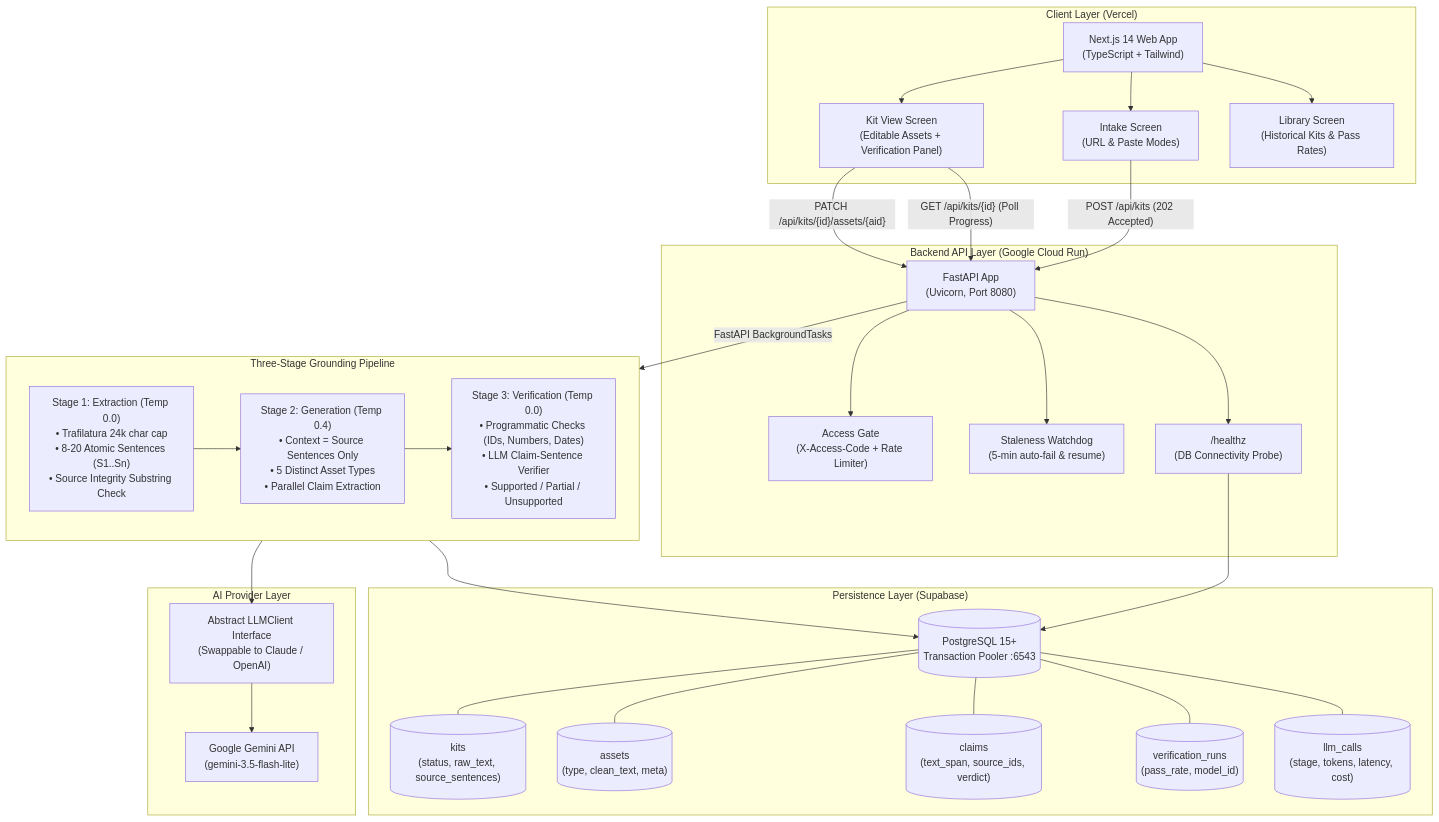
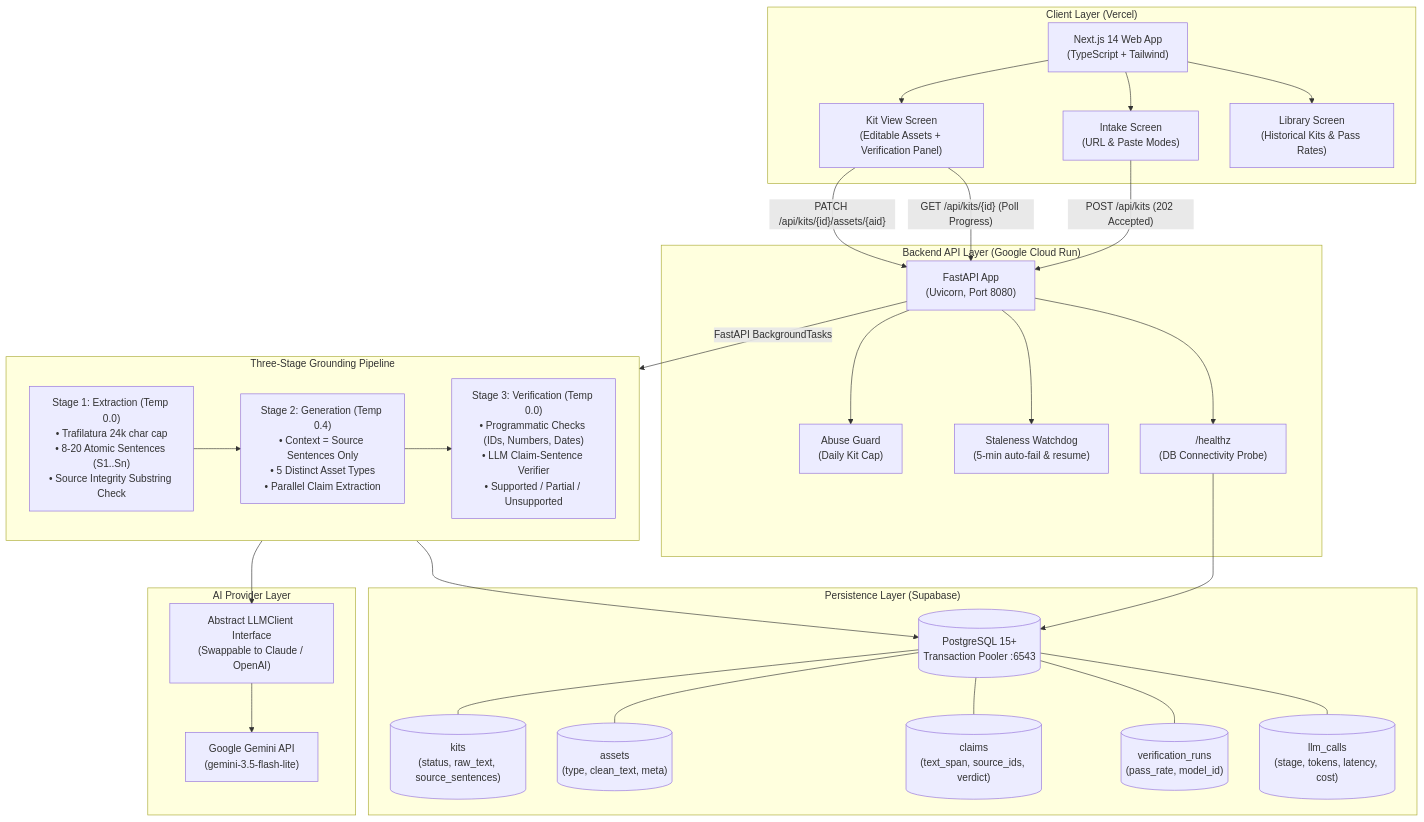
One commit to himaallu/coverage-amplifier changed the diagram in README.md. Above: the diagram before and after it, drawn with Mermaid. The commit also changed other lines of this file and 2 other files, not shown here.

First line of the commit message:
docs: drop access code gate from PRD, README and env example

````diff
--- a/README.md
+++ b/README.md
@@ -57,60 +56,60 @@
 ```mermaid
 flowchart TD
     subgraph Client ["Client Layer (Vercel)"]
         UI["Next.js 14 Web App\n(TypeScript + Tailwind)"]
         IntakeUI["Intake Screen\n(URL & Paste Modes)"]
         KitUI["Kit View Screen\n(Editable Assets + Verification Panel)"]
         LibraryUI["Library Screen\n(Historical Kits & Pass Rates)"]
         UI --> IntakeUI
         UI --> KitUI
         UI --> LibraryUI
     end
 
     subgraph Backend ["Backend API Layer (Google Cloud Run)"]
         API["FastAPI App\n(Uvicorn, Port 8080)"]
-        AuthGate["Access Gate\n(X-Access-Code + Rate Limiter)"]
+        AuthGate["Abuse Guard\n(Daily Kit Cap)"]
         Watchdog["Staleness Watchdog\n(5-min auto-fail & resume)"]
         Health["/healthz\n(DB Connectivity Probe)"]
         
         API --> AuthGate
         API --> Health
         API --> Watchdog
     end
 
     subgraph Pipeline ["Three-Stage Grounding Pipeline"]
         Stage1["Stage 1: Extraction (Temp 0.0)\n• Trafilatura 24k char cap\n• 8-20 Atomic Sentences (S1..Sn)\n• Source Integrity Substring Check"]
         Stage2["Stage 2: Generation (Temp 0.4)\n• Context = Source Sentences Only\n• 5 Distinct Asset Types\n• Parallel Claim Extraction"]
         Stage3["Stage 3: Verification (Temp 0.0)\n• Programmatic Checks (IDs, Numbers, Dates)\n• LLM Claim-Sentence Verifier\n• Supported / Partial / Unsupported"]
 
         Stage1 --> Stage2 --> Stage3
     end
 
     subgraph Persistence ["Persistence Layer (Supabase)"]
         DB[(PostgreSQL 15+\nTransaction Pooler :6543)]
         KitsTbl[("kits\n(status, raw_text, source_sentences)")]
         AssetsTbl[("assets\n(type, clean_text, meta)")]
         ClaimsTbl[("claims\n(text_span, source_ids, verdict)")]
         RunsTbl[("verification_runs\n(pass_rate, model_id)")]
         CallsTbl[("llm_calls\n(stage, tokens, latency, cost)")]
         
         DB --- KitsTbl
         DB --- AssetsTbl
         DB --- ClaimsTbl
         DB --- RunsTbl
         DB --- CallsTbl
     end
 
     subgraph AI ["AI Provider Layer"]
         Gemini["Google Gemini API\n(gemini-3.5-flash-lite)"]
         LLMClient["Abstract LLMClient Interface\n(Swappable to Claude / OpenAI)"]
     end
 
     %% Interactions
     IntakeUI -- "POST /api/kits (202 Accepted)" --> API
     KitUI -- "GET /api/kits/{id} (Poll Progress)" --> API
     KitUI -- "PATCH /api/kits/{id}/assets/{aid}" --> API
     API -- "FastAPI BackgroundTasks" --> Pipeline
     Pipeline --> LLMClient --> Gemini
     Pipeline --> DB
     Health --> DB
 ```
````
